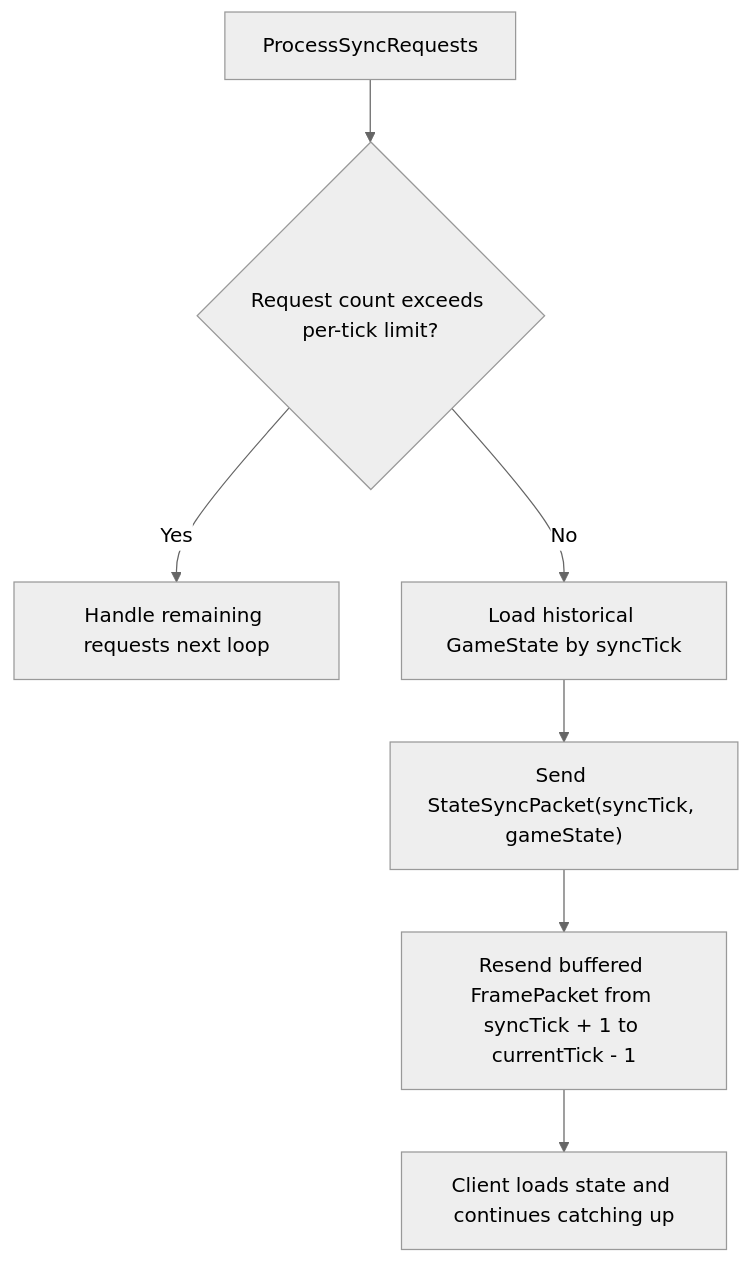
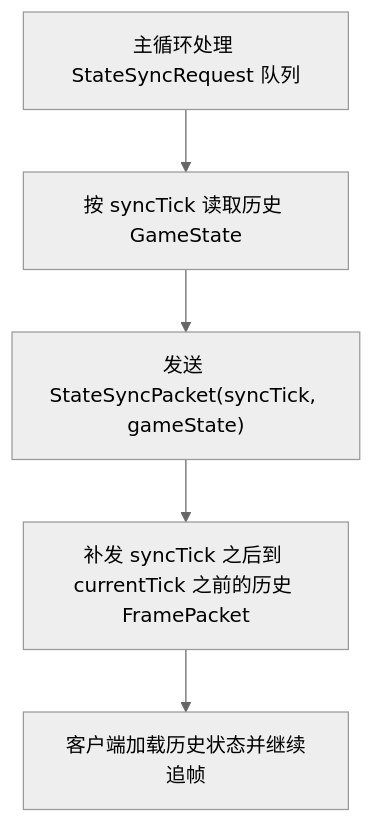
The second of 3 diagrams in ServerHost/ConnectionFlow.md (inikin111/Unity-Lockstep), drawn with Mermaid (neutral theme) before and after one commit. The commit also changed other lines of this file and 2 other files, not shown here.

````diff
--- a/ServerHost/ConnectionFlow.md
+++ b/ServerHost/ConnectionFlow.md
@@ -38,9 +24,7 @@
 ```mermaid
 flowchart TD
-    A["ProcessSyncRequests"] --> B{"Request count exceeds per-tick limit?"}
-    B -- Yes --> C["Handle remaining requests next loop"]
-    B -- No --> D["Load historical GameState by syncTick"]
-    D --> E["Send StateSyncPacket(syncTick, gameState)"]
-    E --> F["Resend buffered FramePacket from syncTick + 1 to currentTick - 1"]
-    F --> G["Client loads state and continues catching up"]
+    A["主循环处理 StateSyncRequest 队列"] --> B["按 syncTick 读取历史 GameState"]
+    B --> C["发送 StateSyncPacket(syncTick, gameState)"]
+    C --> D["补发 syncTick 之后到 currentTick 之前的历史 FramePacket"]
+    D --> E["客户端加载历史状态并继续追帧"]
 ```
````
